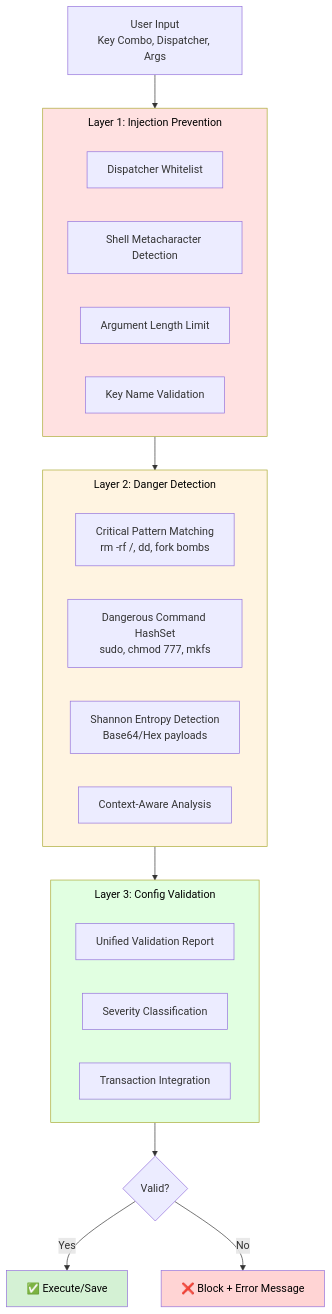
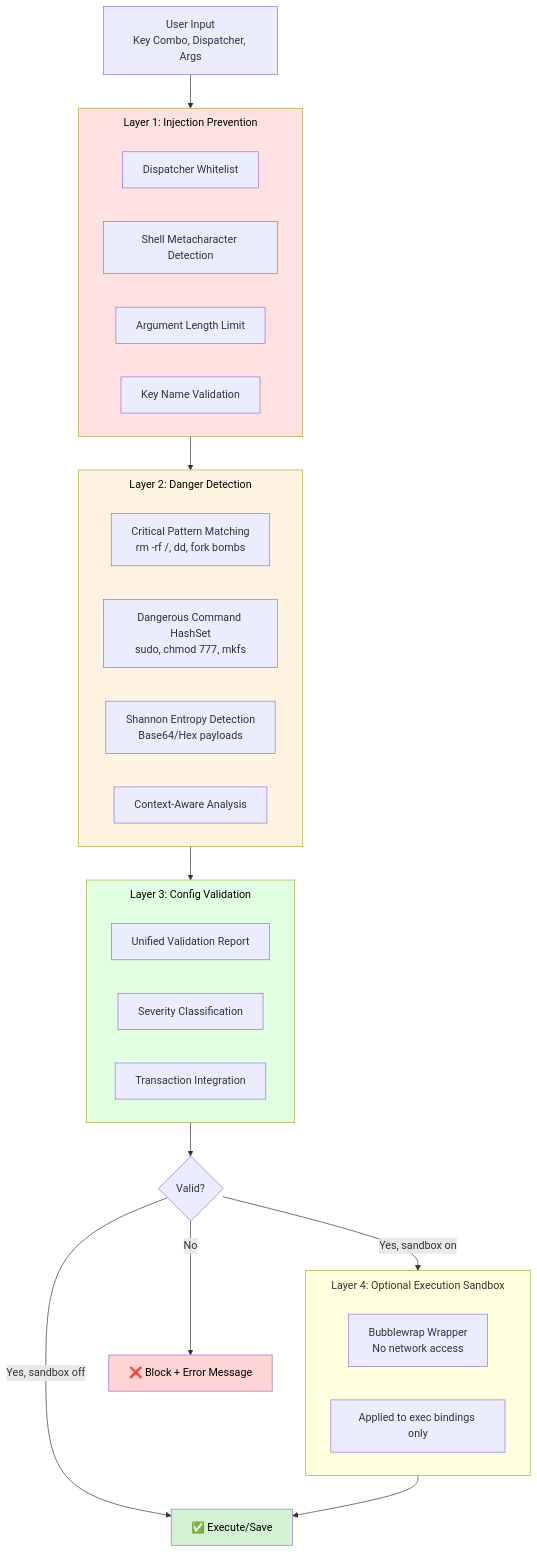
One commit to tidynest/hypr-keybind-manager changed the diagram in SECURITY.md. Above: the diagram before and after it, drawn with Mermaid. The commit also changed other lines of this file and 30 other files, not shown here.

First line of the commit message:
feat: add Bubblewrap sandbox, config permission checks, and ARM64 CI

````diff
--- a/SECURITY.md
+++ b/SECURITY.md
@@ -54,38 +55,45 @@
 ```mermaid
 %%{init: {'flowchart': {'subGraphTitleMargin': {'top': 10, 'bottom': 20}}}}%%
 graph TB
     Input[User Input<br/>Key Combo, Dispatcher, Args]
 
     subgraph Layer1 [Layer 1: Injection Prevention]
         WhitelistCheck[Dispatcher Whitelist]
         MetacharCheck[Shell Metacharacter Detection]
         LengthCheck[Argument Length Limit]
         KeyValidation[Key Name Validation]
     end
 
     subgraph Layer2 [Layer 2: Danger Detection]
         PatternMatch[Critical Pattern Matching<br/>rm -rf /, dd, fork bombs]
         DangerHash[Dangerous Command HashSet<br/>sudo, chmod 777, mkfs]
         EntropyDetect[Shannon Entropy Detection<br/>Base64/Hex payloads]
         ContextAnalysis[Context-Aware Analysis]
     end
 
     subgraph Layer3 [Layer 3: Config Validation]
         UnifiedReport[Unified Validation Report]
         SeverityCheck[Severity Classification]
         TransactionGuard[Transaction Integration]
     end
 
+    subgraph Layer4 [Layer 4: Optional Execution Sandbox]
+        Bubblewrap[Bubblewrap Wrapper<br/>No network access]
+        ExecOnly[Applied to exec bindings only]
+    end
+
     Input --> Layer1
     Layer1 --> Layer2
     Layer2 --> Layer3
     Layer3 --> Decision{Valid?}
-    Decision -->|Yes| Accept[✅ Execute/Save]
+    Decision -->|Yes, sandbox on| Layer4
+    Decision -->|Yes, sandbox off| Accept[✅ Execute/Save]
+    Layer4 --> Accept
     Decision -->|No| Reject[❌ Block + Error Message]
 
     style Layer1 fill:#ffe1e1,color:#000
     style Layer2 fill:#fff4e1,color:#000
     style Layer3 fill:#e1ffe1,color:#000
     style Accept fill:#d4f1d4,color:#000
     style Reject fill:#ffd4d4,color:#000
 ```
````
